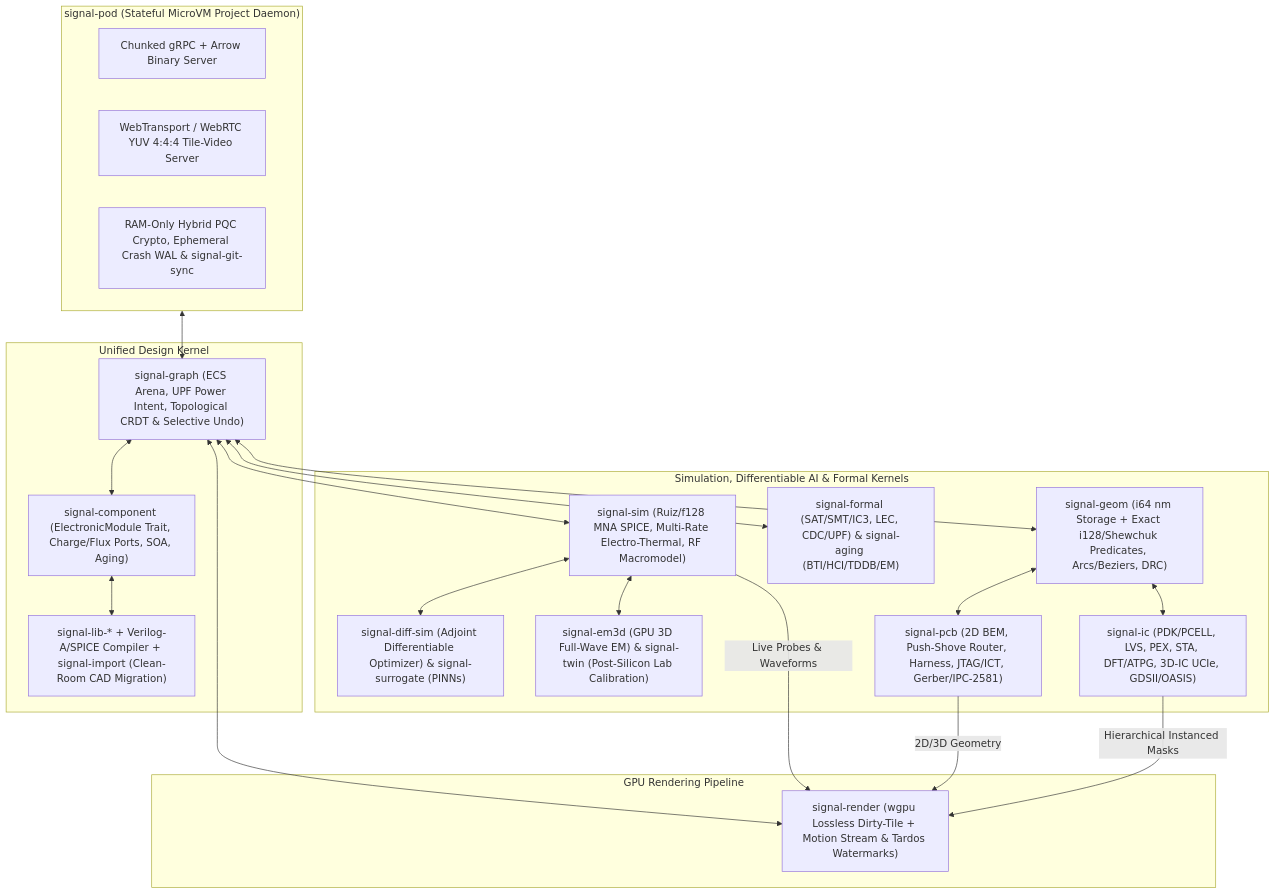
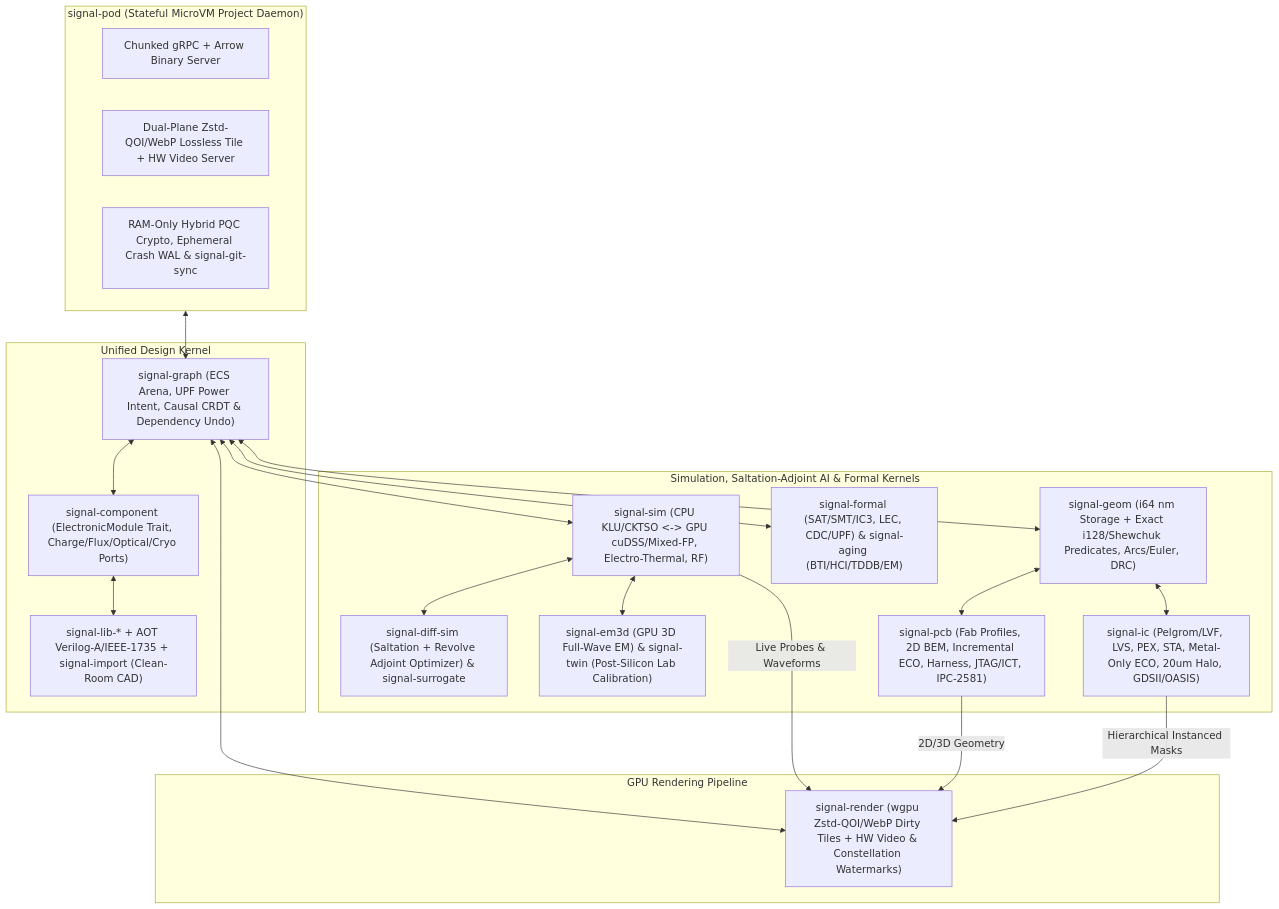
The second of 2 diagrams in architecture/03-rust-eda-engine.md (the-code-master/signal), drawn with Mermaid before and after one commit. The commit also changed other lines of this file and 21 other files, not shown here.

Commit message:
docs: complete deep first-principles architecture vetting (F-113..F-148) and 2-pass scrub

````diff
--- a/architecture/03-rust-eda-engine.md
+++ b/architecture/03-rust-eda-engine.md
@@ -82,43 +82,43 @@
 ```mermaid
 flowchart TB
     subgraph PodDaemon["signal-pod (Stateful MicroVM Project Daemon)"]
         GRPC["Chunked gRPC + Arrow Binary Server"]
-        Stream["WebTransport / WebRTC YUV 4:4:4 Tile-Video Server"]
+        Stream["Dual-Plane Zstd-QOI/WebP Lossless Tile + HW Video Server"]
         Vault["RAM-Only Hybrid PQC Crypto, Ephemeral Crash WAL & signal-git-sync"]
     end
 
     subgraph Core["Unified Design Kernel"]
-        Graph["signal-graph (ECS Arena, UPF Power Intent, Topological CRDT & Selective Undo)"]
-        Comp["signal-component (ElectronicModule Trait, Charge/Flux Ports, SOA, Aging)"]
-        Libs["signal-lib-* + Verilog-A/SPICE Compiler + signal-import (Clean-Room CAD Migration)"]
+        Graph["signal-graph (ECS Arena, UPF Power Intent, Causal CRDT & Dependency Undo)"]
+        Comp["signal-component (ElectronicModule Trait, Charge/Flux/Optical/Cryo Ports)"]
+        Libs["signal-lib-* + AOT Verilog-A/IEEE-1735 + signal-import (Clean-Room CAD)"]
     end
 
-    subgraph Solvers["Simulation, Differentiable AI & Formal Kernels"]
-        Sim["signal-sim (Ruiz/f128 MNA SPICE, Multi-Rate Electro-Thermal, RF Macromodel)"]
-        Diff["signal-diff-sim (Adjoint Differentiable Optimizer) & signal-surrogate (PINNs)"]
+    subgraph Solvers["Simulation, Saltation-Adjoint AI & Formal Kernels"]
+        Sim["signal-sim (CPU KLU/CKTSO <-> GPU cuDSS/Mixed-FP, Electro-Thermal, RF)"]
+        Diff["signal-diff-sim (Saltation + Revolve Adjoint Optimizer) & signal-surrogate"]
         Formal["signal-formal (SAT/SMT/IC3, LEC, CDC/UPF) & signal-aging (BTI/HCI/TDDB/EM)"]
         EM3D["signal-em3d (GPU 3D Full-Wave EM) & signal-twin (Post-Silicon Lab Calibration)"]
-        Geom["signal-geom (i64 nm Storage + Exact i128/Shewchuk Predicates, Arcs/Beziers, DRC)"]
-        PCB["signal-pcb (2D BEM, Push-Shove Router, Harness, JTAG/ICT, Gerber/IPC-2581)"]
-        IC["signal-ic (PDK/PCELL, LVS, PEX, STA, DFT/ATPG, 3D-IC UCIe, GDSII/OASIS)"]
+        Geom["signal-geom (i64 nm Storage + Exact i128/Shewchuk Predicates, Arcs/Euler, DRC)"]
+        PCB["signal-pcb (Fab Profiles, 2D BEM, Incremental ECO, Harness, JTAG/ICT, IPC-2581)"]
+        IC["signal-ic (Pelgrom/LVF, LVS, PEX, STA, Metal-Only ECO, 20um Halo, GDSII/OASIS)"]
     end
 
     subgraph Visual["GPU Rendering Pipeline"]
-        Render["signal-render (wgpu Lossless Dirty-Tile + Motion Stream & Tardos Watermarks)"]
+        Render["signal-render (wgpu Zstd-QOI/WebP Dirty Tiles + HW Video & Constellation Watermarks)"]
     end
 
     PodDaemon <--> Graph
     Graph <--> Comp
     Comp <--> Libs
     Graph <--> Sim
     Sim <--> Diff
     Graph <--> Formal
     Sim <--> EM3D
     Graph <--> Geom
     Geom <--> PCB
     Geom <--> IC
     Graph <--> Render
     Sim -->|"Live Probes & Waveforms"| Render
     PCB -->|"2D/3D Geometry"| Render
     IC -->|"Hierarchical Instanced Masks"| Render
 ```
````
